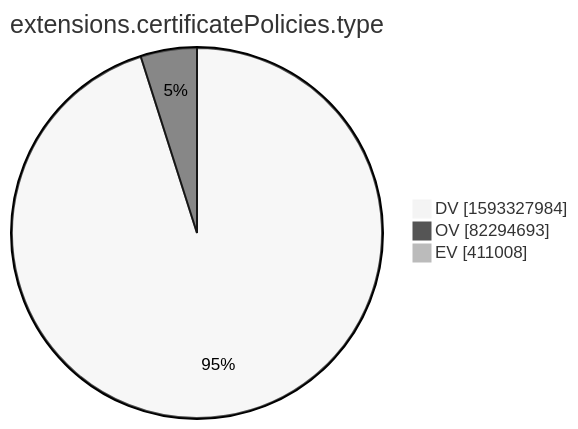
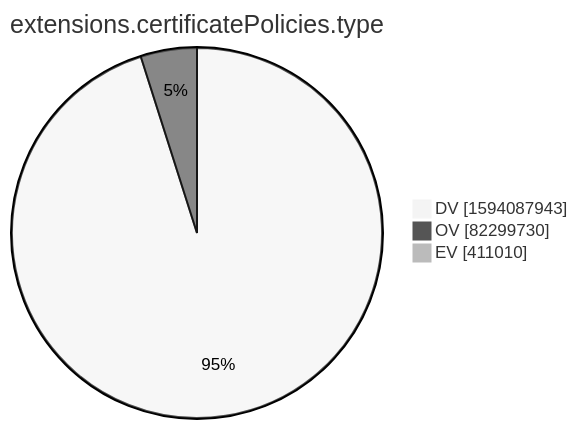
One commit to christiankrug/ctmonitor_visualization changed the tenth of 15 diagrams in xenon2022/README.md. Above: the diagram before and after it, drawn with Mermaid (neutral theme). The commit also changed other lines of this file, not shown here.

````diff
--- a/xenon2022/README.md
+++ b/xenon2022/README.md
@@ -2878,7 +2878,7 @@
 ```mermaid
 pie showData
 title extensions.certificatePolicies.type
-"DV" :1593327984
-"OV" :82294693
-"EV" :411008
+"DV" :1594087943
+"OV" :82299730
+"EV" :411010
 ```
````
